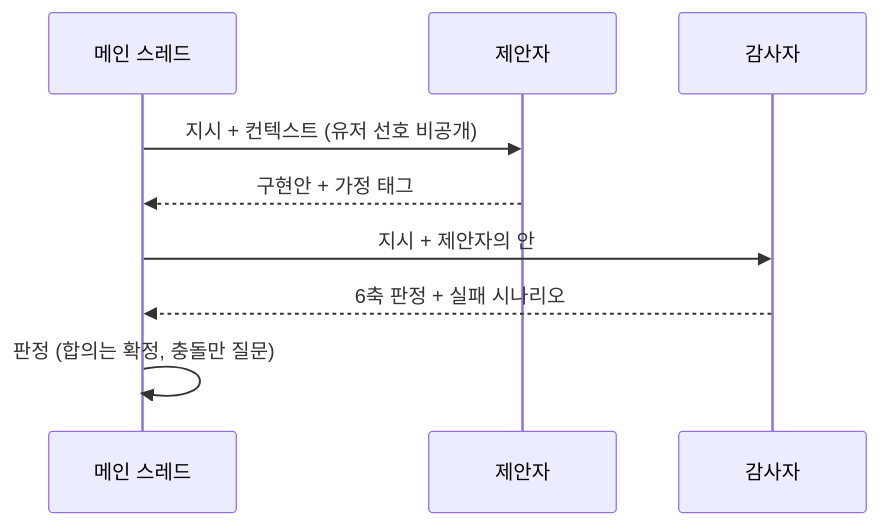
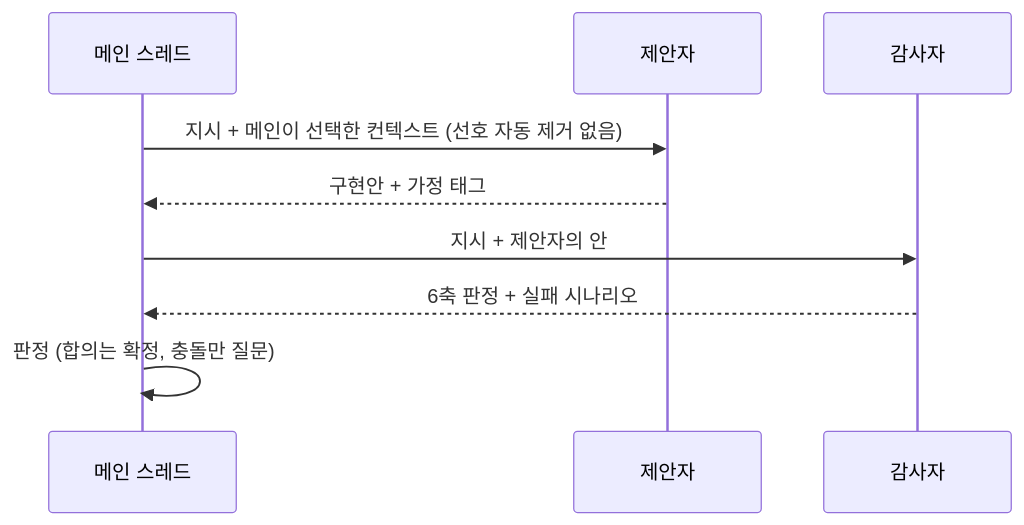
Before and after one commit to Ethualo/fight-skill: the first of 2 diagrams in README.md, drawn with Mermaid. The commit also changed other lines of this file and 10 other files, not shown here.

````diff
--- a/README.md
+++ b/README.md
@@ -59,11 +79,11 @@
 ```mermaid
 sequenceDiagram
     participant M as 메인 스레드
     participant P as 제안자
     participant A as 감사자
-    M->>P: 지시 + 컨텍스트 (유저 선호 비공개)
+    M->>P: 지시 + 메인이 선택한 컨텍스트 (선호 자동 제거 없음)
     P-->>M: 구현안 + 가정 태그
     M->>A: 지시 + 제안자의 안
     A-->>M: 6축 판정 + 실패 시나리오
     M->>M: 판정 (합의는 확정, 충돌만 질문)
 ```
````
